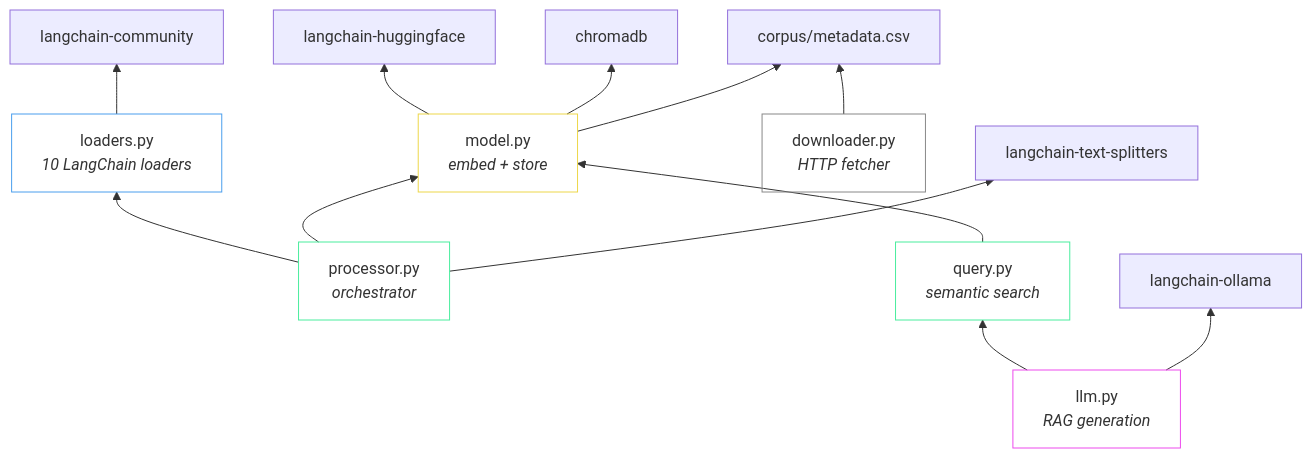
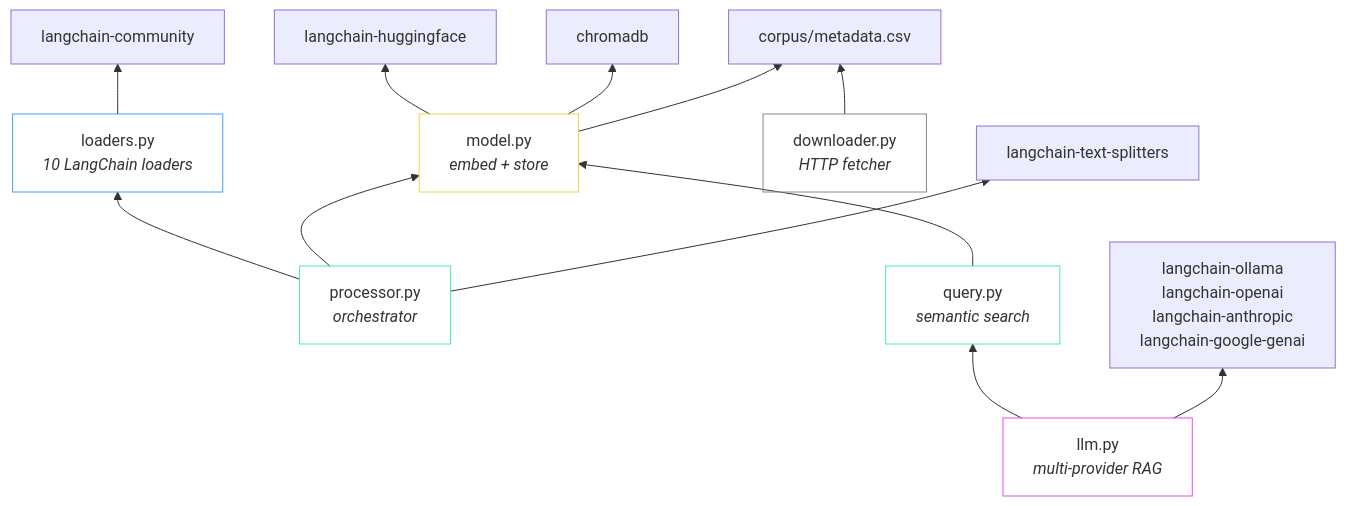
The fifth of 5 diagrams in docs/architecture.md (garthmortensen/rag_v1), drawn with Mermaid before and after one commit. The commit also changed other lines of this file and 9 other files, not shown here.

````diff
--- a/docs/architecture.md
+++ b/docs/architecture.md
@@ -357,34 +363,34 @@
 ```mermaid
 graph BT
     PROC["processor.py<br/><i>orchestrator</i>"]
     LOAD["loaders.py<br/><i>10 LangChain loaders</i>"]
     MODEL["model.py<br/><i>embed + store</i>"]
     DL["downloader.py<br/><i>HTTP fetcher</i>"]
     QUERY["query.py<br/><i>semantic search</i>"]
-    GEN["llm.py<br/><i>RAG generation</i>"]
+    GEN["llm.py<br/><i>multi-provider RAG</i>"]
 
     LC_SPLIT["langchain-text-splitters"]
     LC_COMM["langchain-community"]
     LC_HF["langchain-huggingface"]
-    LC_OL["langchain-ollama"]
+    LC_OL["langchain-ollama<br/>langchain-openai<br/>langchain-anthropic<br/>langchain-google-genai"]
     CHROMA["chromadb"]
 
     PROC --> LOAD
     PROC --> MODEL
     LOAD --> LC_COMM
     PROC --> LC_SPLIT
     MODEL --> LC_HF
     MODEL --> CHROMA
     QUERY --> MODEL
     GEN --> QUERY
     GEN --> LC_OL
     DL --> META_CSV["corpus/metadata.csv"]
     MODEL --> META_CSV
 
     style PROC fill:none,stroke:#4aed9e
     style LOAD fill:none,stroke:#4a9eed
     style MODEL fill:none,stroke:#edd74a
     style DL fill:none,stroke:#888
     style QUERY fill:none,stroke:#4aed9e
     style GEN fill:none,stroke:#ed4aed
 ```
````
